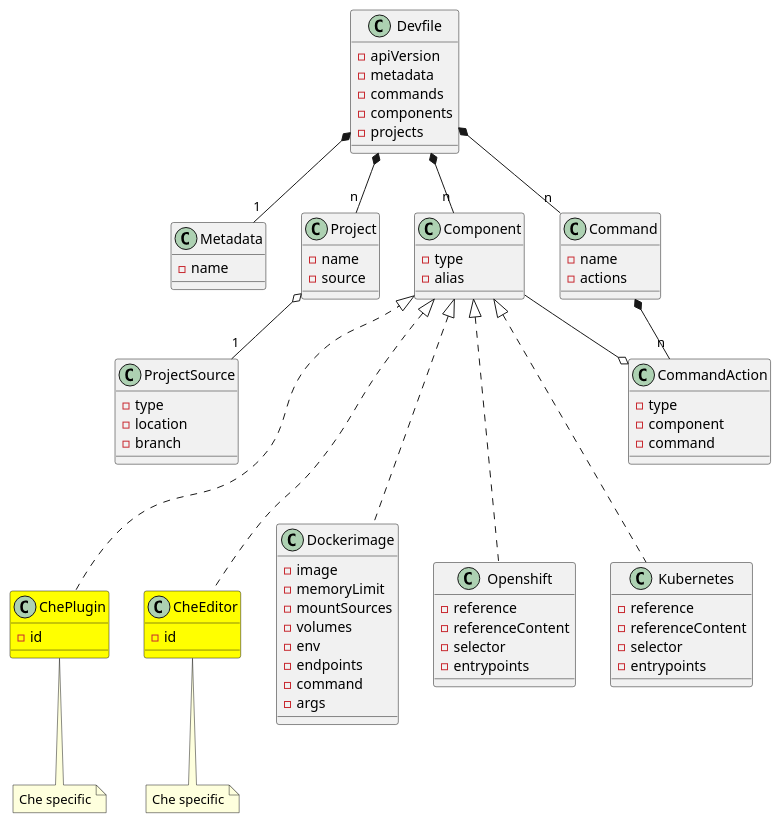
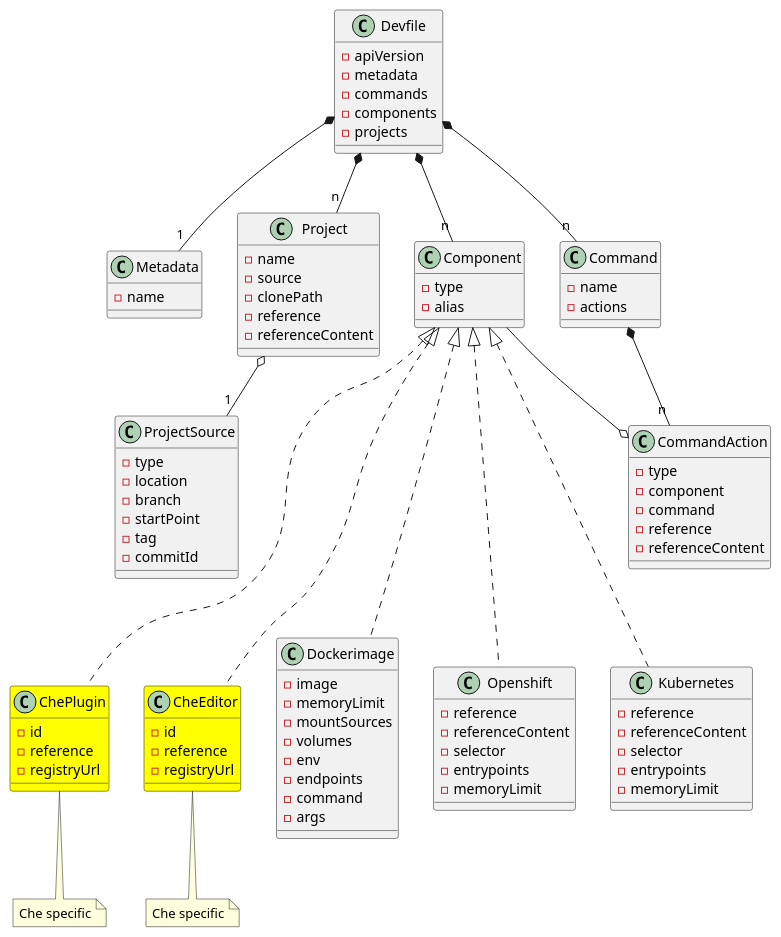
One commit to redhat-developer/devfile changed the diagram in devfile_next.plantuml. Above: the diagram before and after it, drawn with PlantUML. The commit also changed 1 other file, not shown here.

Commit message:
Update Devfile diagram

```diff
--- a/devfile_next.plantuml
+++ b/devfile_next.plantuml
@@ -1,108 +1,122 @@
 @startuml devfile_next
 
 class Devfile {
   - apiVersion
   - metadata
   - commands
   - components
   - projects
 }
 
 together {
   class Metadata
   class Component
   class Command
   class Project
 }
 
 Devfile *-- "1" Metadata
 Devfile *-- "n" Component
 Devfile *-- "n" Command
 Devfile *-- "n" Project
 
 class Metadata {
   - name
 }
 
 class Component {
     - type
     - alias
 }
 
 
 Component <|-.. Dockerimage
 Component <|-.. Openshift
 Component <|-.. Kubernetes
 Component <|-.. ChePlugin
 Component <|-.. CheEditor
 
 class Command {
   - name
   - actions
 }
 
 Command *-- "n" CommandAction
 CommandAction o-- Component
 
 class CommandAction {
   - type
   - component
   - command
+  - reference
+  - referenceContent
 }
 
 class Project {
   - name
   - source
+  - clonePath
+  - reference
+  - referenceContent
 }
 
 Project o-- "1" ProjectSource
 
 class ProjectSource {
   - type
   - location
   - branch
+  - startPoint
+  - tag
+  - commitId
 }
 
 Project -[hidden]> Component
 Component -[hidden]> Command
 ProjectSource -[hidden]> CommandAction
 
 class Dockerimage {
    - image
    - memoryLimit
    - mountSources
    - volumes
    - env
    - endpoints
    - command
    - args
 }
 
 class Openshift {
   - reference
   - referenceContent
   - selector
   - entrypoints
+  - memoryLimit
 }
 
 class Kubernetes {
   - reference
   - referenceContent
   - selector
   - entrypoints
+  - memoryLimit
 }
 
 class ChePlugin #yellow {
   - id
+  - reference
+  - registryUrl
 }
 note bottom of ChePlugin: Che specific
 
 class CheEditor #yellow {
   - id
+  - reference
+  - registryUrl
 }
 note bottom of CheEditor: Che specific
 
 ChePlugin -[hidden]> CheEditor
 CheEditor -[hidden]> Dockerimage
 
 @enduml
```
